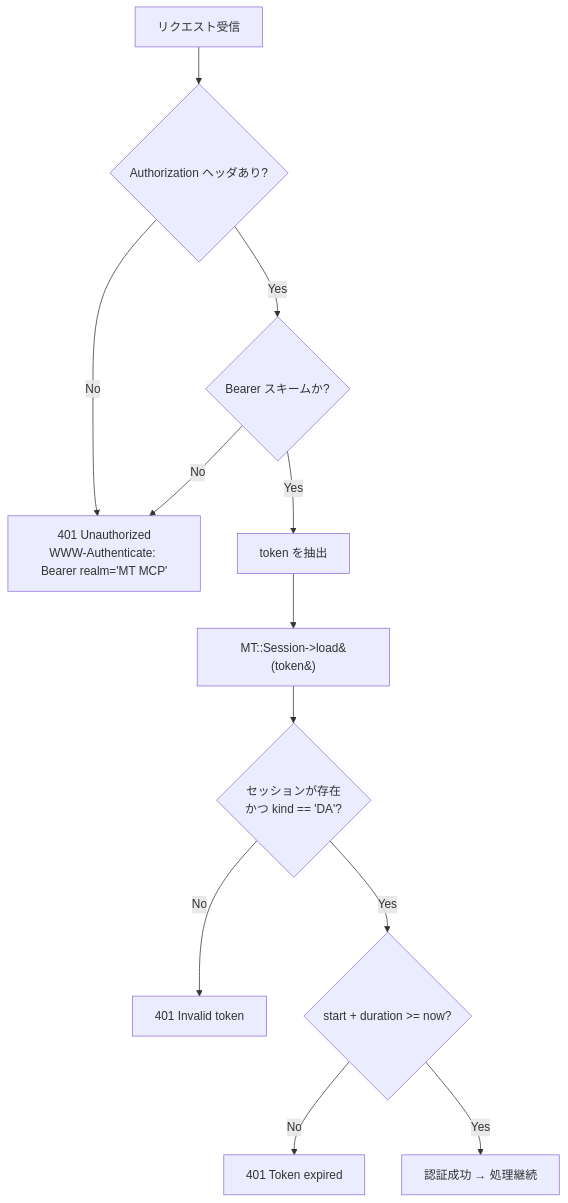
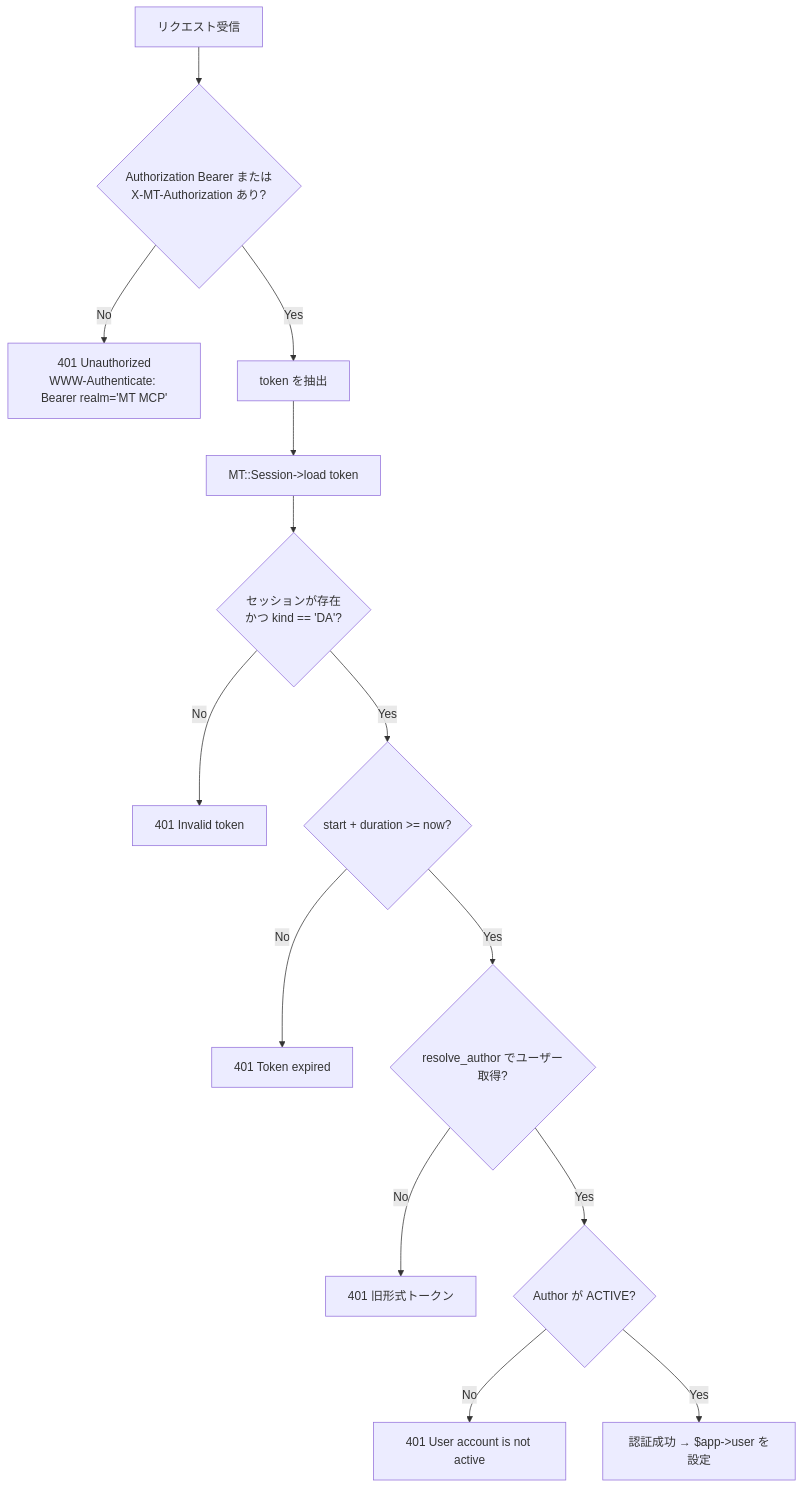
Before and after one commit to redamoon/mt-plugin-mcp: the fifth of 5 diagrams in docs/architecture-auth.md, drawn with Mermaid. The commit also changed other lines of this file and 2 other files, not shown here.

````diff
--- a/docs/architecture-auth.md
+++ b/docs/architecture-auth.md
@@ -113,14 +174,16 @@
 ```mermaid
 flowchart TD
-    A[リクエスト受信] --> B{Authorization ヘッダあり?}
-    B -- No --> E1[401 Unauthorized\nWWW-Authenticate: Bearer realm='MT MCP']
-    B -- Yes --> C{Bearer スキームか?}
-    C -- No --> E1
-    C -- Yes --> D[token を抽出]
-    D --> F[MT::Session->load&#40;token&#41;]
-    F --> G{セッションが存在\nかつ kind == 'DA'?}
+    A[リクエスト受信] --> B{Authorization Bearer または<br/>X-MT-Authorization あり?}
+    B -- No --> E1["401 Unauthorized\nWWW-Authenticate: Bearer realm='MT MCP'"]
+    B -- Yes --> D[token を抽出]
+    D --> F[MT::Session->load token]
+    F --> G{セッションが存在<br/>かつ kind == 'DA'?}
     G -- No --> E2[401 Invalid token]
     G -- Yes --> H{start + duration >= now?}
     H -- No --> E3[401 Token expired]
-    H -- Yes --> OK[認証成功 → 処理継続]
+    H -- Yes --> I{resolve_author でユーザー取得?}
+    I -- No --> E4[401 旧形式トークン]
+    I -- Yes --> J{Author が ACTIVE?}
+    J -- No --> E5[401 User account is not active]
+    J -- Yes --> OK["認証成功 → $app->user を設定"]
 ```
````
